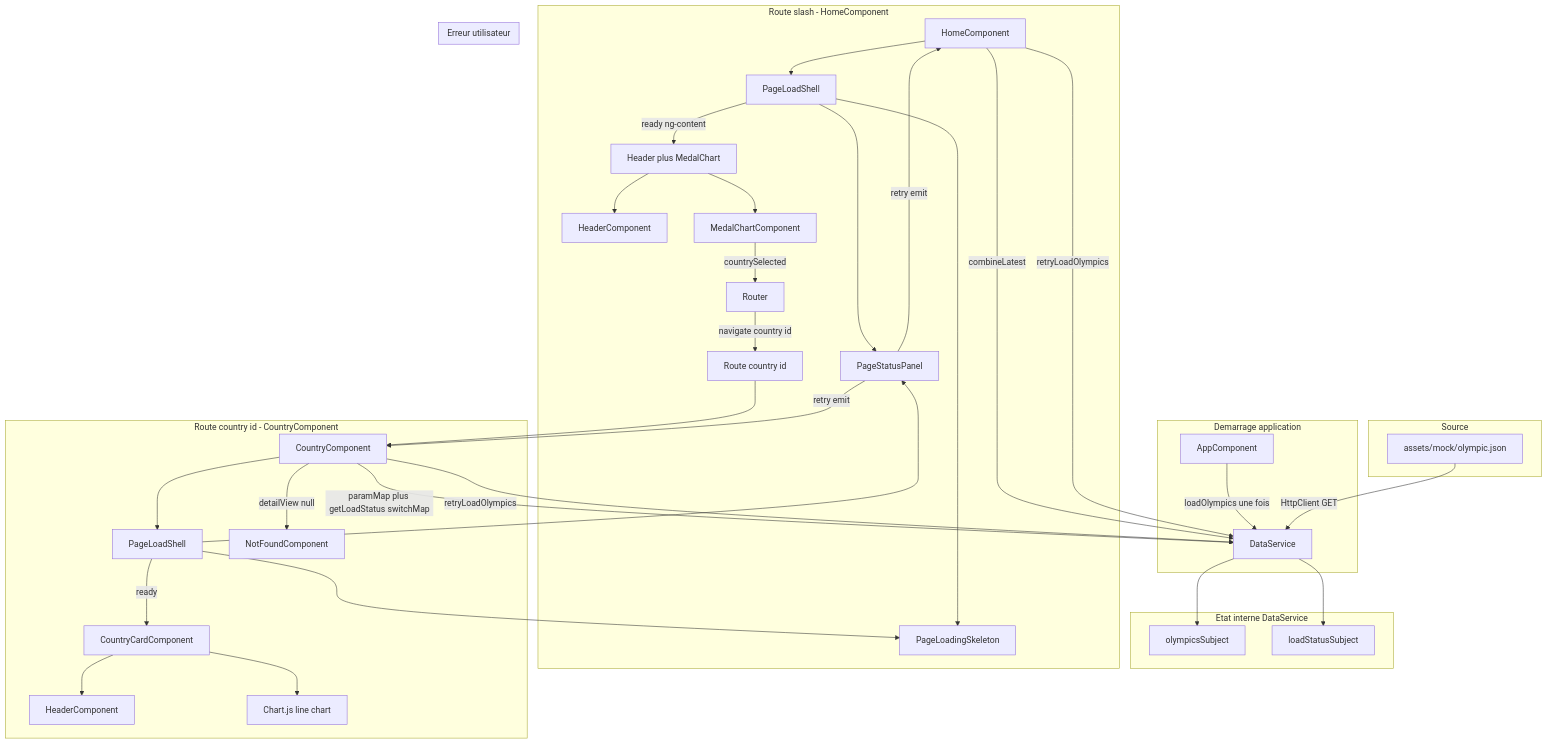
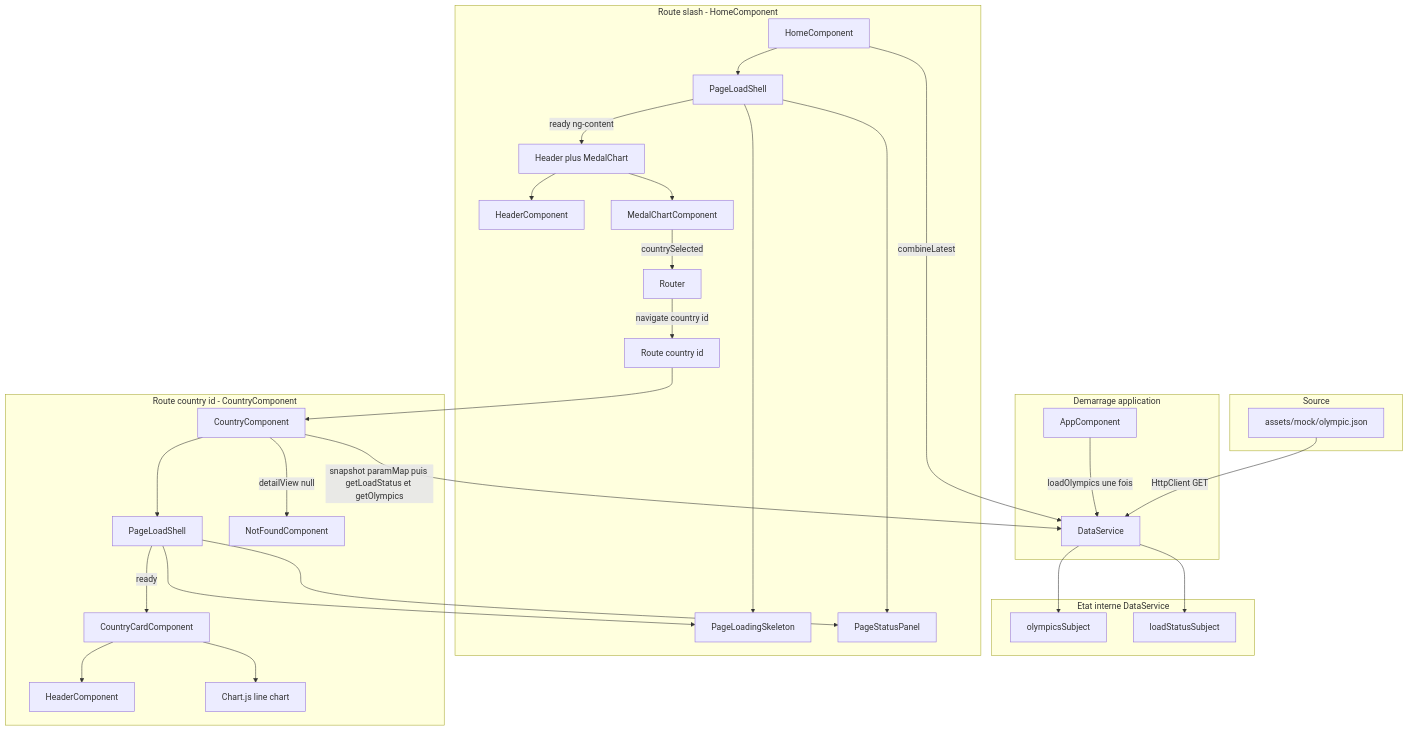
One commit to dlvga/OC-P2-Telesport changed the diagram in ARCHITECTURE.md. Above: the diagram before and after it, drawn with Mermaid. The commit also changed other lines of this file and 10 other files, not shown here.

Commit message:
refactor: déplacer la construction des vues (KPI + graphiques) vers les pages et retirer le retry

````diff
--- a/ARCHITECTURE.md
+++ b/ARCHITECTURE.md
@@ -103,49 +99,42 @@
 ```mermaid
 flowchart TB
   subgraph bootstrap [Demarrage application]
     App[AppComponent]
     App -->|loadOlympics une fois| DS[DataService]
   end
 
   subgraph source [Source]
     JSON[assets/mock/olympic.json]
     JSON -->|HttpClient GET| DS
   end
 
   subgraph dsInternals [Etat interne DataService]
     DS --> Cache[olympicsSubject]
     DS --> Status[loadStatusSubject]
   end
 
   subgraph homeFlow [Route slash - HomeComponent]
     Home[HomeComponent]
     Home -->|combineLatest| DS
     Home --> ShellH[PageLoadShell]
     ShellH --> Skel[PageLoadingSkeleton]
     ShellH --> StatusP[PageStatusPanel]
     ShellH -->|ready ng-content| HomeContent[Header plus MedalChart]
     HomeContent --> HeaderH[HeaderComponent]
     HomeContent --> Pie[MedalChartComponent]
     Pie -->|countrySelected| Router[Router]
     Router -->|navigate country id| CountryRoute[Route country id]
   end
 
   subgraph countryFlow [Route country id - CountryComponent]
     CountryRoute --> Country[CountryComponent]
-    Country -->|paramMap plus getLoadStatus switchMap| DS
+    Country -->|snapshot paramMap puis getLoadStatus et getOlympics| DS
     Country --> ShellC[PageLoadShell]
     ShellC --> Skel
     ShellC --> StatusP
     ShellC -->|ready| Card[CountryCardComponent]
     Card --> HeaderC[HeaderComponent]
     Card --> Line[Chart.js line chart]
     Country -->|detailView null| NotFound[NotFoundComponent]
   end
-
-  subgraph retryFlow [Erreur utilisateur]
-    StatusP -->|retry emit| Home
-    StatusP -->|retry emit| Country
-    Home -->|retryLoadOlympics| DS
-    Country -->|retryLoadOlympics| DS
-  end
 ```
````
